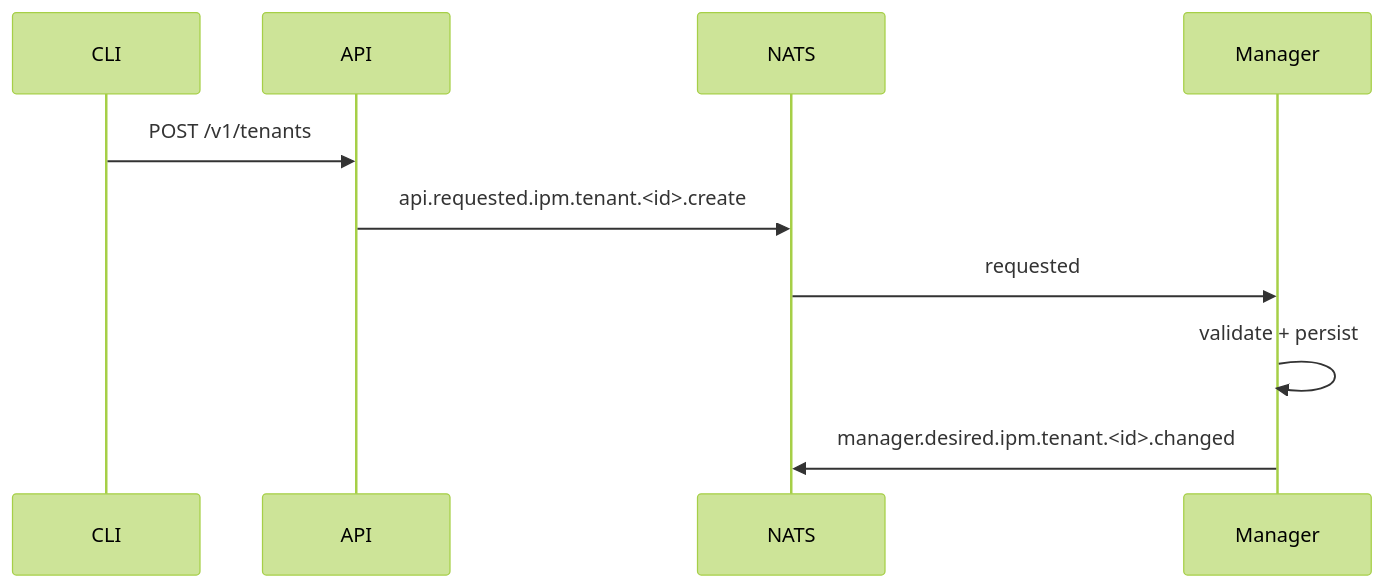
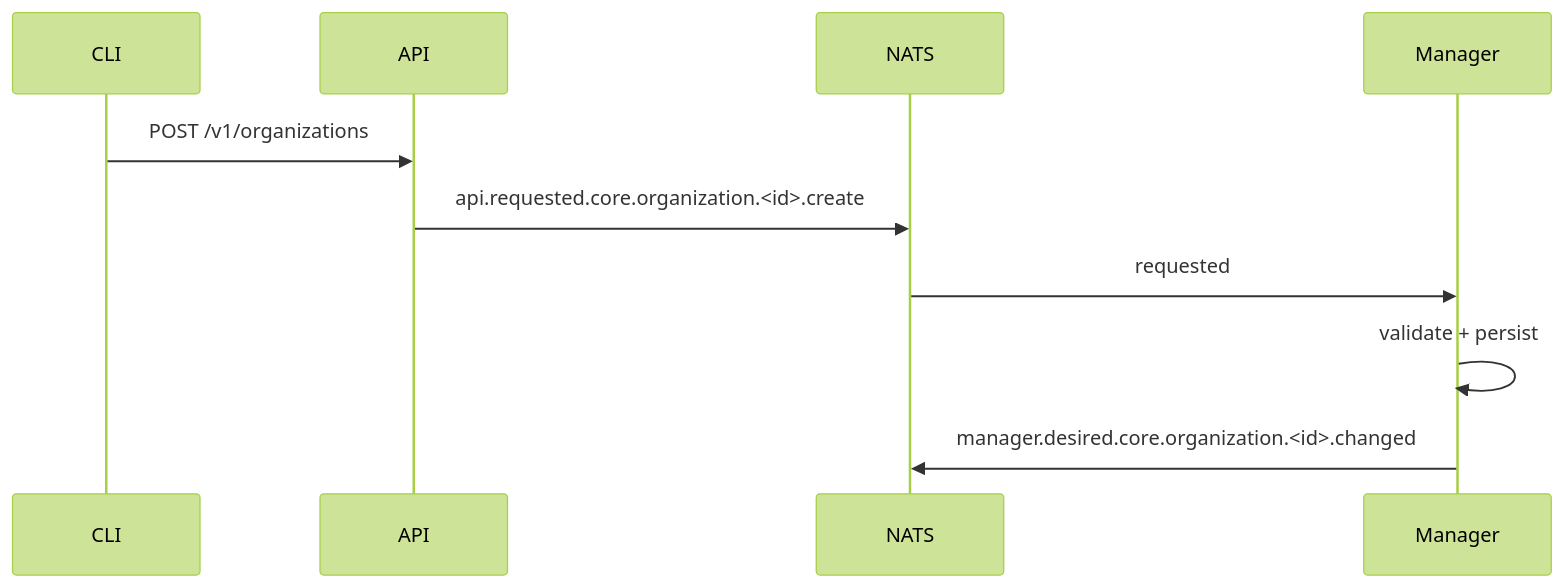
One commit to danielsabatini/smarkee changed the ninth of 18 diagrams in docs/RESOURCE-CONTROL-LOOP.md. Above: the diagram before and after it, drawn with Mermaid (forest theme). The commit also changed other lines of this file and 10 other files, not shown here.

First line of the commit message:
docs: Organization no módulo core, nomenclatura por meio e interface HTTP

````diff
--- a/docs/RESOURCE-CONTROL-LOOP.md
+++ b/docs/RESOURCE-CONTROL-LOOP.md
@@ -559,13 +579,13 @@
 ```mermaid
 sequenceDiagram
     participant CLI
     participant API
     participant NATS
     participant Manager
 
-    CLI->>API: POST /v1/tenants
-    API->>NATS: api.requested.ipm.tenant.<id>.create
+    CLI->>API: POST /v1/organizations
+    API->>NATS: api.requested.core.organization.<id>.create
     NATS->>Manager: requested
     Manager->>Manager: validate + persist
-    Manager->>NATS: manager.desired.ipm.tenant.<id>.changed
+    Manager->>NATS: manager.desired.core.organization.<id>.changed
 ```
````
